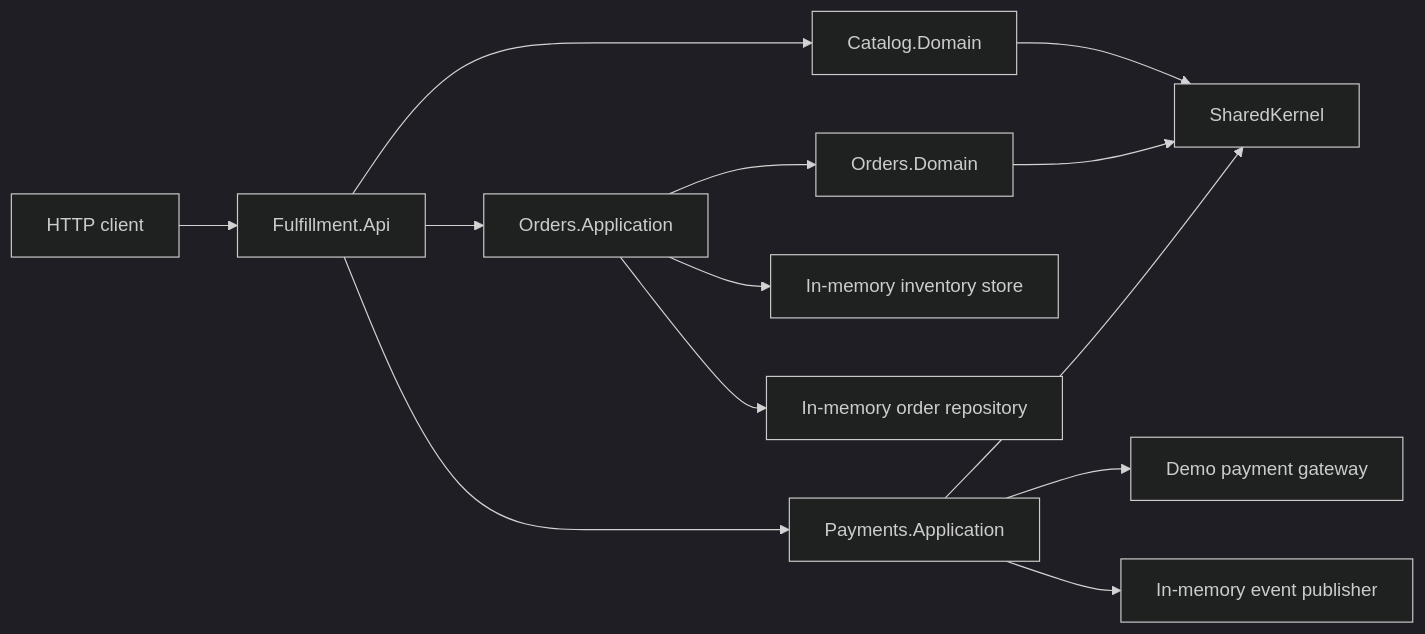
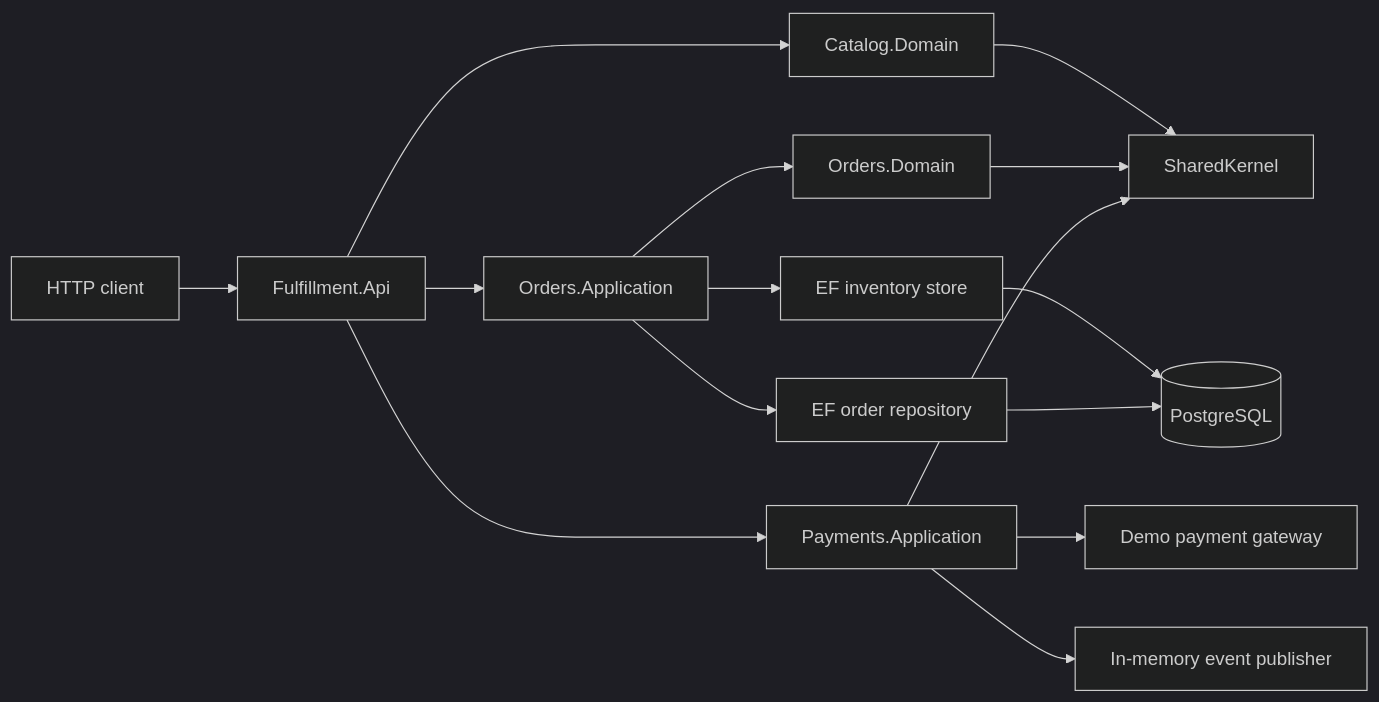
The first of 2 diagrams in docs/architecture/overview.md (1babii1/fulfillment-platform-backend), drawn with Mermaid (dark theme) before and after one commit. The commit also changed other lines of this file and 26 other files, not shown here.

Commit message:
feat(persistence): add PostgreSQL EF Core storage (#16)

````diff
--- a/docs/architecture/overview.md
+++ b/docs/architecture/overview.md
@@ -13,15 +13,17 @@
 ```mermaid
 flowchart LR
     Client[HTTP client] --> Api[Fulfillment.Api]
     Api --> Catalog[Catalog.Domain]
     Api --> OrdersApp[Orders.Application]
     OrdersApp --> Orders[Orders.Domain]
-    OrdersApp --> Inventory[In-memory inventory store]
-    OrdersApp --> OrderRepository[In-memory order repository]
+    OrdersApp --> Inventory[EF inventory store]
+    OrdersApp --> OrderRepository[EF order repository]
+    Inventory --> Database[(PostgreSQL)]
+    OrderRepository --> Database
     Api --> Payments[Payments.Application]
     Payments --> Gateway[Demo payment gateway]
     Payments --> Events[In-memory event publisher]
     Catalog --> Shared[SharedKernel]
     Orders --> Shared
     Payments --> Shared
 ```
````
